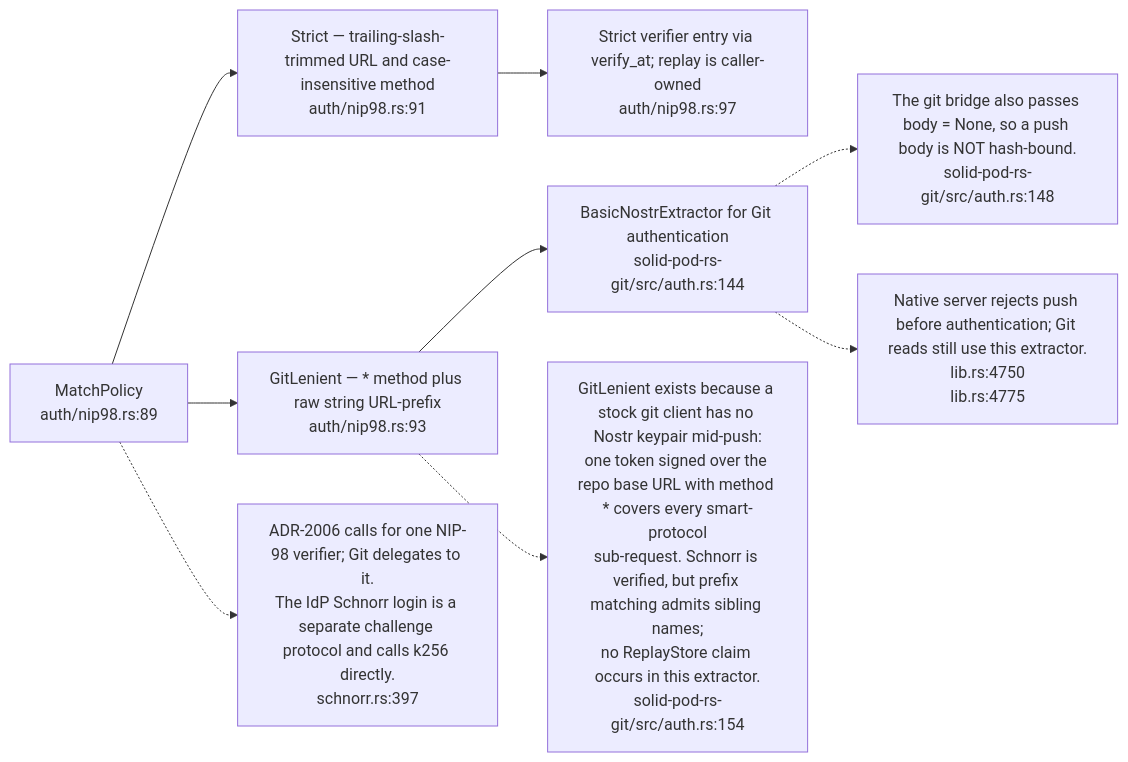
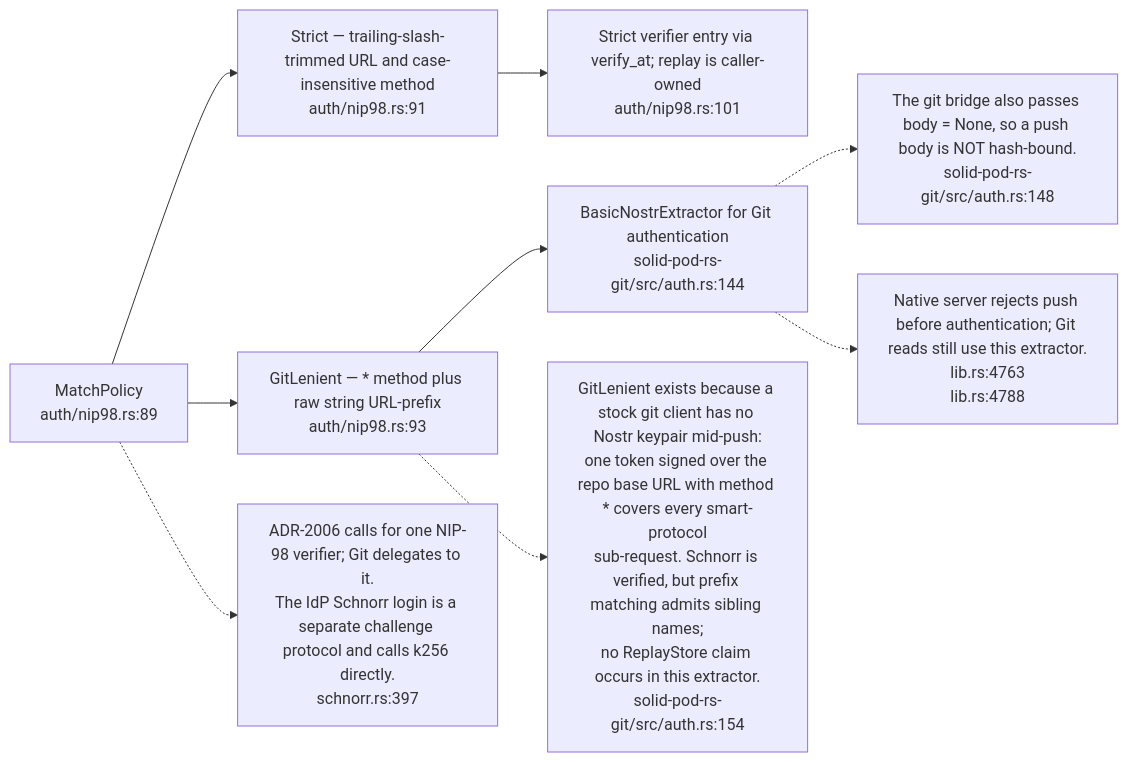
The third of 18 diagrams in docs/diagrams/solid-pod-rs/05-identity-nip98-did-oidc.md (DreamLab-AI/VisionFlow), drawn with Mermaid before and after one commit. The commit also changed other lines of this file and 47 other files, not shown here.

````diff
--- a/docs/diagrams/solid-pod-rs/05-identity-nip98-did-oidc.md
+++ b/docs/diagrams/solid-pod-rs/05-identity-nip98-did-oidc.md
@@ -115,25 +117,25 @@
 ```mermaid
 flowchart LR
     MP["MatchPolicy<br/>auth/nip98.rs:89"]
     ST["Strict — trailing-slash-trimmed URL and case-insensitive method<br/>auth/nip98.rs:91"]
     GL["GitLenient — * method plus raw string URL-prefix<br/>auth/nip98.rs:93"]
-    REST["Strict verifier entry via verify_at; replay is caller-owned<br/>auth/nip98.rs:97"]
+    REST["Strict verifier entry via verify_at; replay is caller-owned<br/>auth/nip98.rs:101"]
     GIT["BasicNostrExtractor for Git authentication<br/>solid-pod-rs-git/src/auth.rs:144"]
 
     MP --> ST --> REST
     MP --> GL --> GIT
 
     N["GitLenient exists because a stock git client has no Nostr keypair mid-push:<br/>one token signed over the repo base URL with method * covers every smart-protocol<br/>sub-request. Schnorr is verified, but prefix matching admits sibling names;
 no ReplayStore claim occurs in this extractor.<br/>solid-pod-rs-git/src/auth.rs:154"]
     GL -.-> N
     N2["The git bridge also passes body = None, so a push body is NOT hash-bound.<br/>solid-pod-rs-git/src/auth.rs:148"]
     GIT -.-> N2
     N3["ADR-2006 calls for one NIP-98 verifier; Git delegates to it.
 The IdP Schnorr login is a separate challenge protocol and calls k256 directly.
 schnorr.rs:397"]
     MP -.-> N3
     N4["Native server rejects push before authentication; Git reads still use this extractor.
-lib.rs:4750
-lib.rs:4775"]
+lib.rs:4763
+lib.rs:4788"]
     GIT -.-> N4
 ```
````
